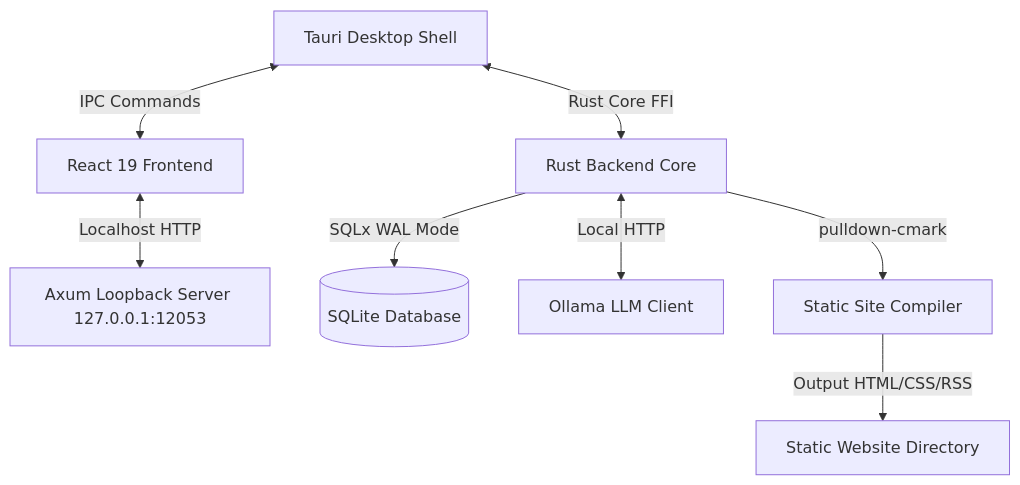
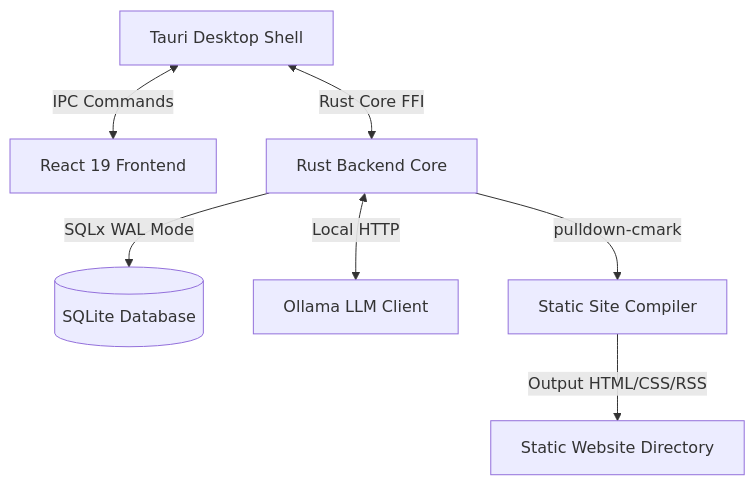
One commit to scottconverse/CivicNewspaper changed the diagram in docs/user_manual.md. Above: the diagram before and after it, drawn with Mermaid. The commit also changed other lines of this file and 7 other files, not shown here.

````diff
--- a/docs/user_manual.md
+++ b/docs/user_manual.md
@@ -108,10 +108,9 @@
 ```mermaid
 graph TD
     Tauri[Tauri Desktop Shell] <-->|IPC Commands| ReactUI[React 19 Frontend]
-    ReactUI <-->|Localhost HTTP| LoopbackServer[Axum Loopback Server 127.0.0.1:12053]
     Tauri <-->|Rust Core FFI| RustCore[Rust Backend Core]
     RustCore -->|SQLx WAL Mode| SQLite[(SQLite Database)]
     RustCore <-->|Local HTTP| Ollama[Ollama LLM Client]
     RustCore -->|pulldown-cmark| Compiler[Static Site Compiler]
     Compiler -->|Output HTML/CSS/RSS| CompiledSite[Static Website Directory]
 ```
````
